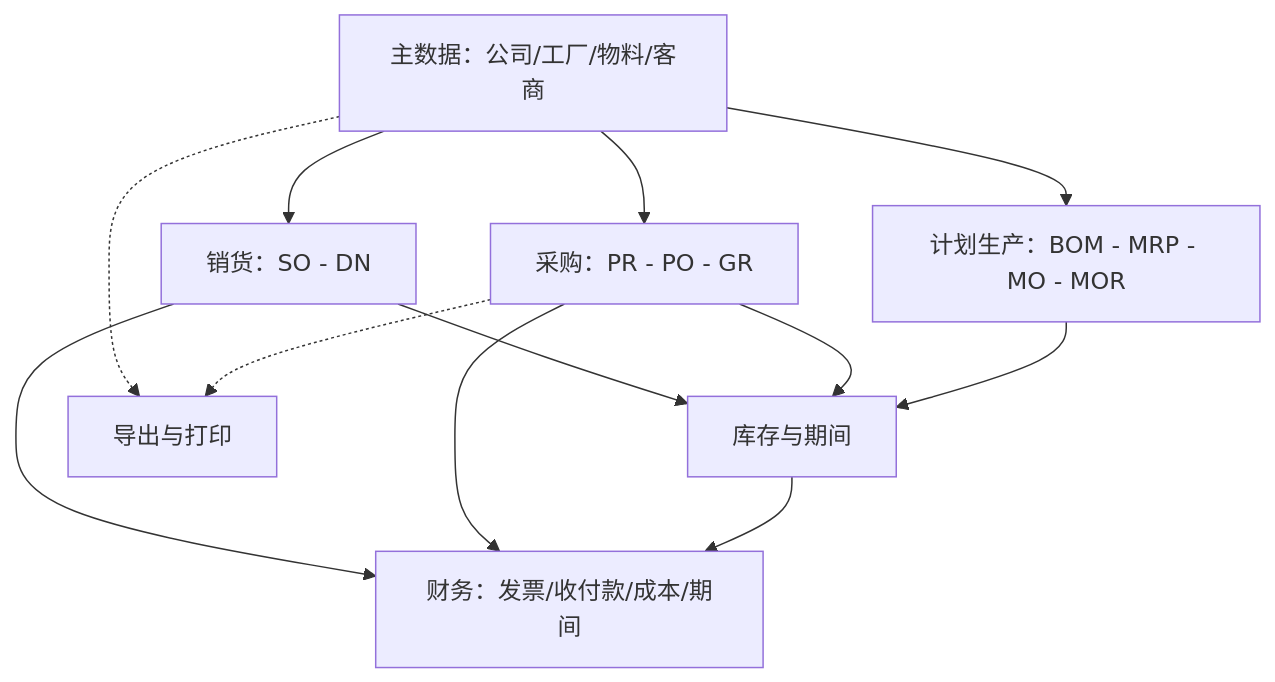
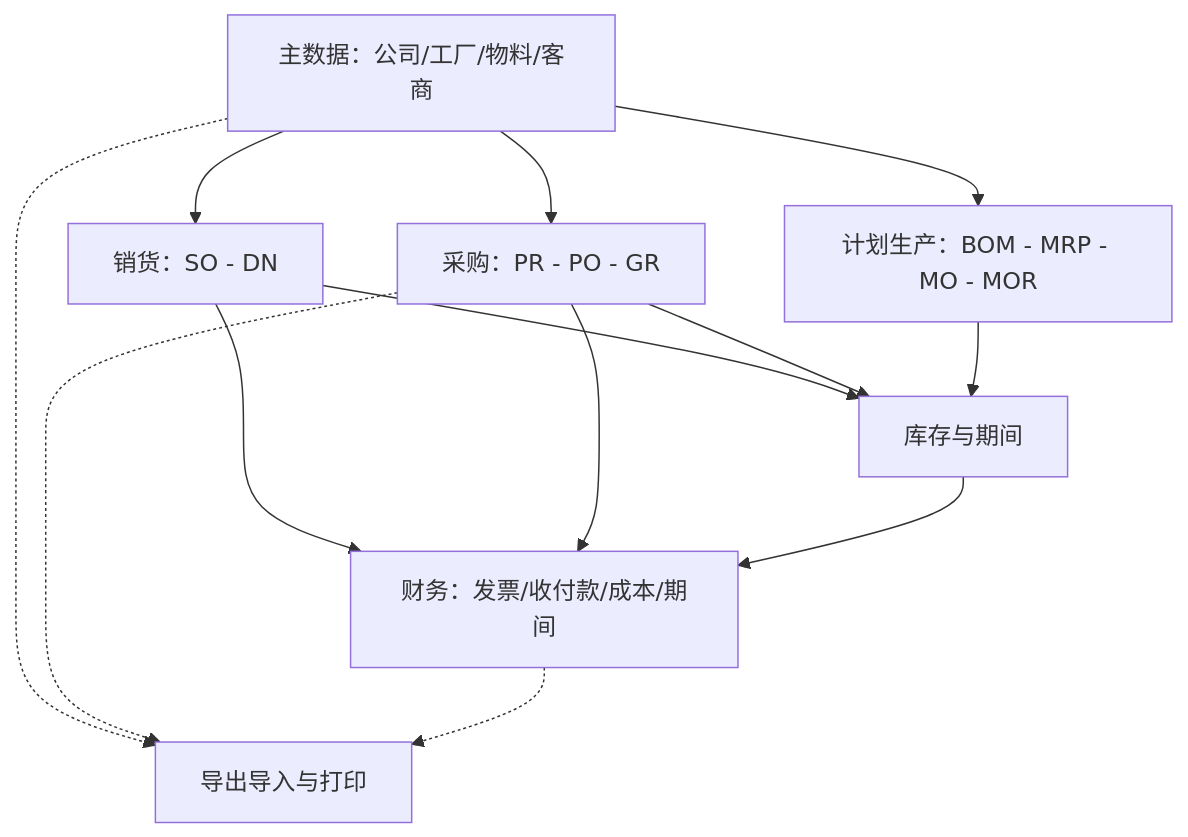
The second of 2 diagrams in user_training/zh/00-overview/01-system-process-map.md (Micron818/lychee-doc), drawn with Mermaid before and after one commit. The commit also changed other lines of this file and 47 other files, not shown here.

````diff
--- a/user_training/zh/00-overview/01-system-process-map.md
+++ b/user_training/zh/00-overview/01-system-process-map.md
@@ -54,15 +55,16 @@
 ```mermaid
 flowchart TB
   MD[主数据：公司/工厂/物料/客商]
   MD --> OTC[销货：SO - DN]
   MD --> PTP[采购：PR - PO - GR]
   MD --> MFG[计划生产：BOM - MRP - MO - MOR]
   OTC --> STK[库存与期间]
   PTP --> STK
   MFG --> STK
   OTC --> FIN[财务：发票/收付款/成本/期间]
   PTP --> FIN
   STK --> FIN
-  MD -.-> EXP[导出与打印]
+  MD -.-> EXP[导出导入与打印]
   PTP -.-> EXP
+  FIN -.-> EXP
 ```
````
